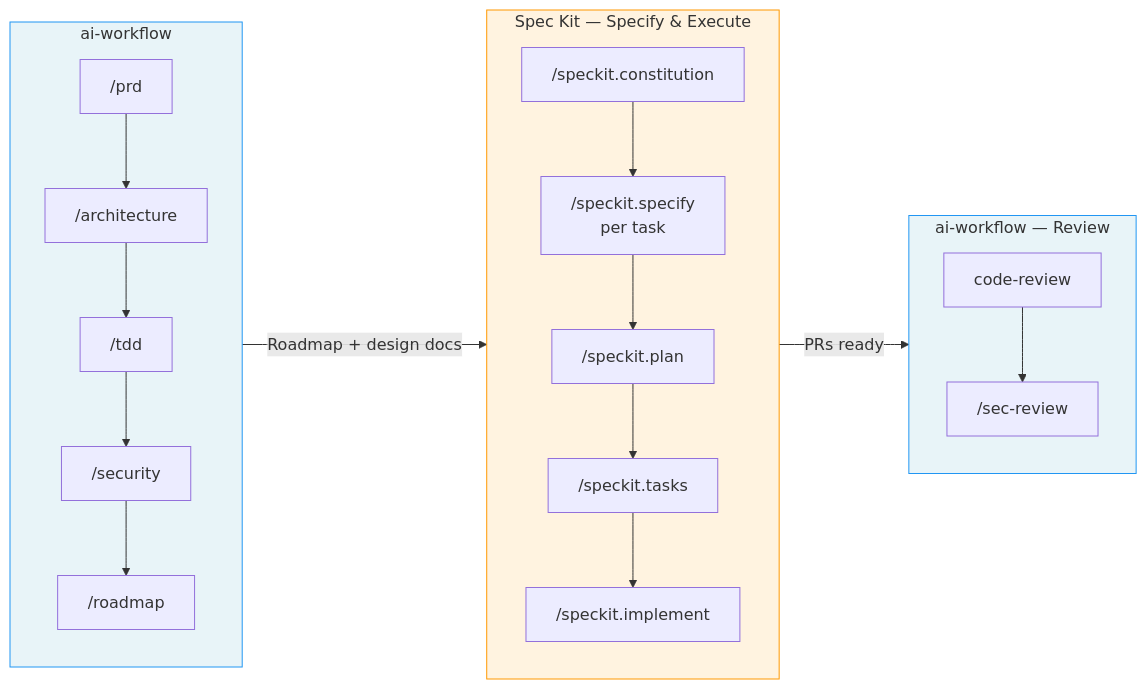
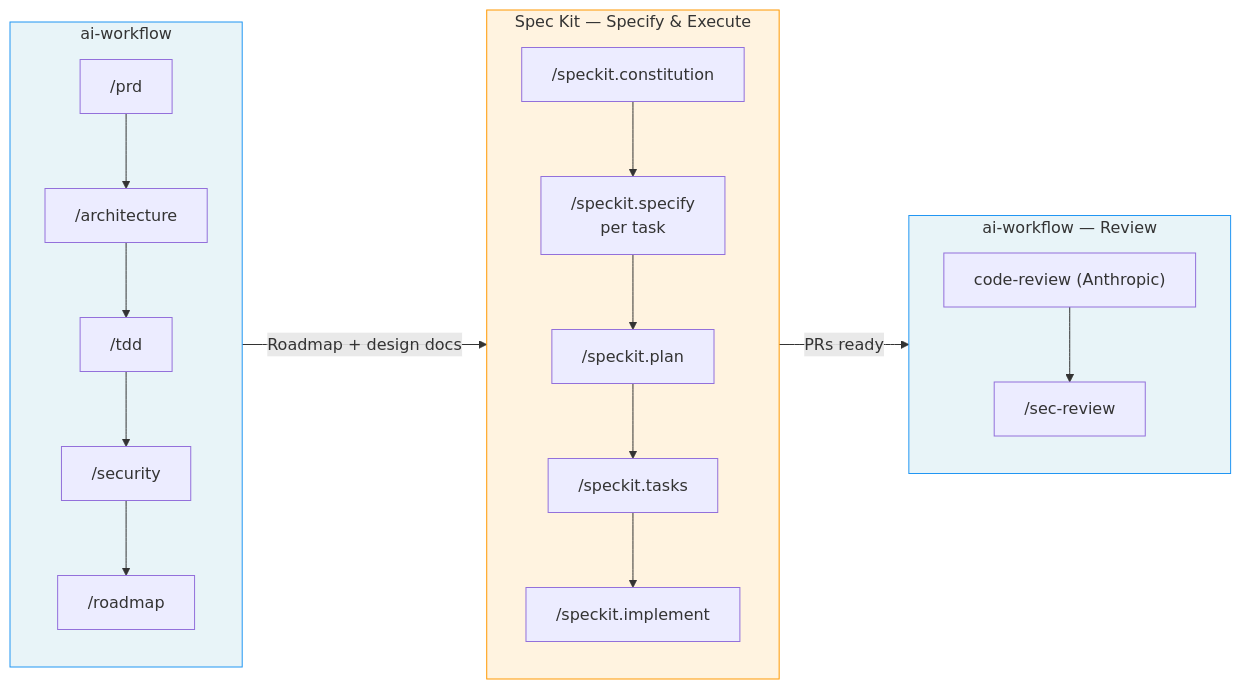
The second of 5 diagrams in docs/speckit-integration.md (0xrafasec/ai-workflow), drawn with Mermaid before and after one commit. The commit also changed other lines of this file and 1 other file, not shown here.

First line of the commit message:
docs: disambiguate bare code-review references as Anthropic's skill

````diff
--- a/docs/speckit-integration.md
+++ b/docs/speckit-integration.md
@@ -94,30 +94,30 @@
 ```mermaid
 flowchart LR
     subgraph AW ["ai-workflow"]
         direction TB
         A1["/prd"] --> A2["/architecture"]
         A2 --> A3["/tdd"]
         A3 --> A4["/security"]
         A4 --> A5["/roadmap"]
     end
 
     subgraph SK ["Spec Kit — Specify & Execute"]
         direction TB
         B1["/speckit.constitution"] --> B2["/speckit.specify<br/>per task"]
         B2 --> B3["/speckit.plan"]
         B3 --> B4["/speckit.tasks"]
         B4 --> B5["/speckit.implement"]
     end
 
     subgraph AW2 ["ai-workflow — Review"]
         direction TB
-        C1["code-review"] --> C2["/sec-review"]
+        C1["code-review (Anthropic)"] --> C2["/sec-review"]
     end
 
     AW -->|"Roadmap + design docs"| SK
     SK -->|"PRs ready"| AW2
 
     style AW fill:#e8f4f8,stroke:#2196F3
     style SK fill:#fff3e0,stroke:#FF9800
     style AW2 fill:#e8f4f8,stroke:#2196F3
 ```
````
